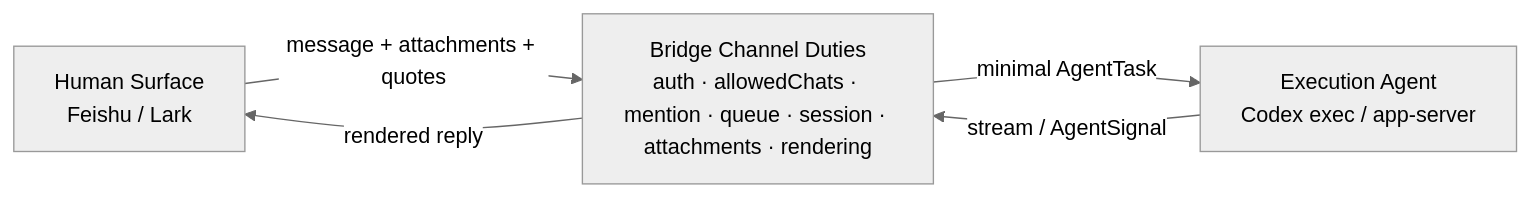
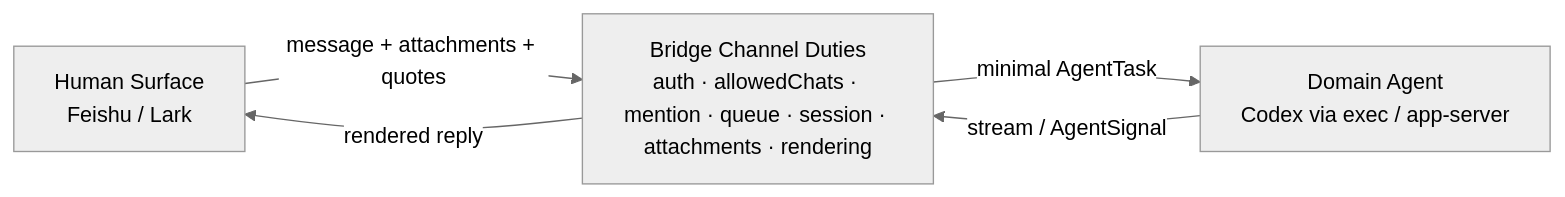
The second of 3 diagrams in README.md (cloudsbeyond/agent-interaction-bridge), drawn with Mermaid (neutral theme) before and after one commit. The commit also changed other lines of this file and 89 other files, not shown here.

First line of the commit message:
feat: formalize bounded domain-agent interaction (#4)

````diff
--- a/README.md
+++ b/README.md
@@ -74,10 +91,10 @@
 ```mermaid
 flowchart LR
   human["Human Surface<br/>Feishu / Lark"]
   channel["Bridge Channel Duties<br/>auth · allowedChats · mention · queue · session · attachments · rendering"]
-  agent["Execution Agent<br/>Codex exec / app-server"]
+  agent["Domain Agent<br/>Codex via exec / app-server"]
   human -->|"message + attachments + quotes"| channel
   channel -->|"minimal AgentTask"| agent
   agent -->|"stream / AgentSignal"| channel
   channel -->|"rendered reply"| human
 ```
````
